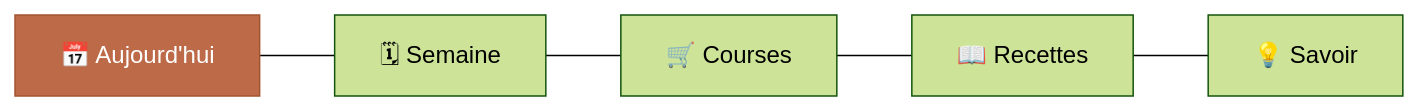
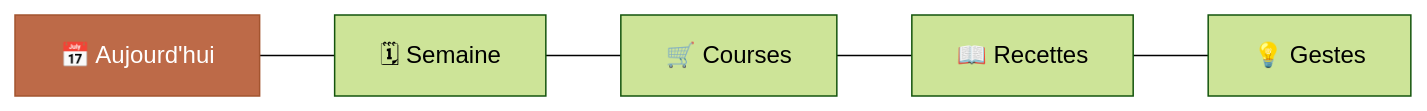
The first of 3 diagrams in docs/DESIGN.md (poubellebellesse-dev/appli_nutrition), drawn with Mermaid (forest theme) before and after one commit. The commit also changed other lines of this file and 12 other files, not shown here.

First line of the commit message:
lot I : « Savoir » devient « Gestes », l'onglet ne garde que le lexique

````diff
--- a/docs/DESIGN.md
+++ b/docs/DESIGN.md
@@ -102,5 +102,5 @@
 ```mermaid
 flowchart LR
-    A["📅 Aujourd'hui"] --- S["🗓 Semaine"] --- C["🛒 Courses"] --- R["📖 Recettes"] --- V["💡 Savoir"]
+    A["📅 Aujourd'hui"] --- S["🗓 Semaine"] --- C["🛒 Courses"] --- R["📖 Recettes"] --- V["💡 Gestes"]
     style A fill:#bd6a48,stroke:#a3542f,color:#fff
 ```
````
